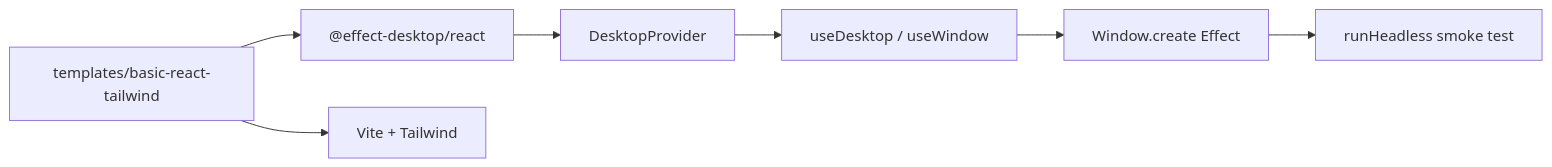
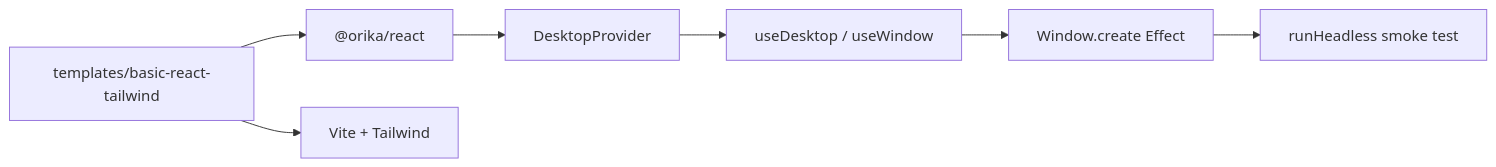
One commit to Rika-Labs/effect-desktop changed the diagram in engineering/learnings/2026-05-05-basic-react-tailwind-template.md. Above: the diagram before and after it, drawn with Mermaid. The commit also changed other lines of this file and 523 other files, not shown here.

````diff
--- a/engineering/learnings/2026-05-05-basic-react-tailwind-template.md
+++ b/engineering/learnings/2026-05-05-basic-react-tailwind-template.md
@@ -19,9 +19,9 @@
 ```mermaid
 flowchart LR
-  Template["templates/basic-react-tailwind"] --> ReactPkg["@effect-desktop/react"]
+  Template["templates/basic-react-tailwind"] --> ReactPkg["@orika/react"]
   ReactPkg --> Provider["DesktopProvider"]
   Provider --> Hooks["useDesktop / useWindow"]
   Hooks --> EffectCall["Window.create Effect"]
   EffectCall --> Headless["runHeadless smoke test"]
   Template --> Vite["Vite + Tailwind"]
 ```
````
